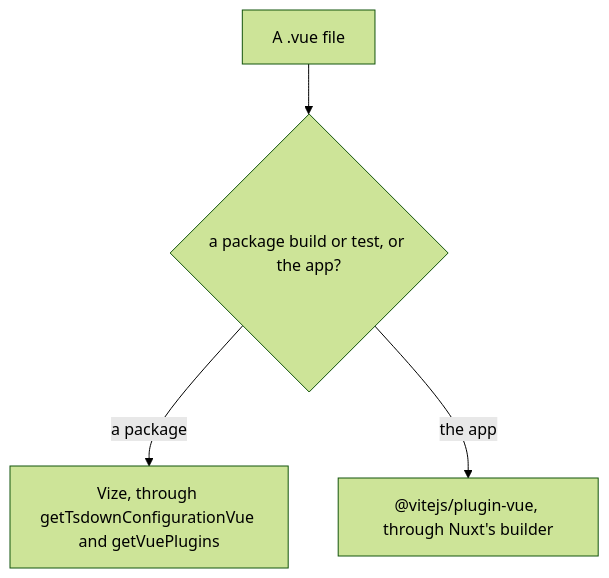
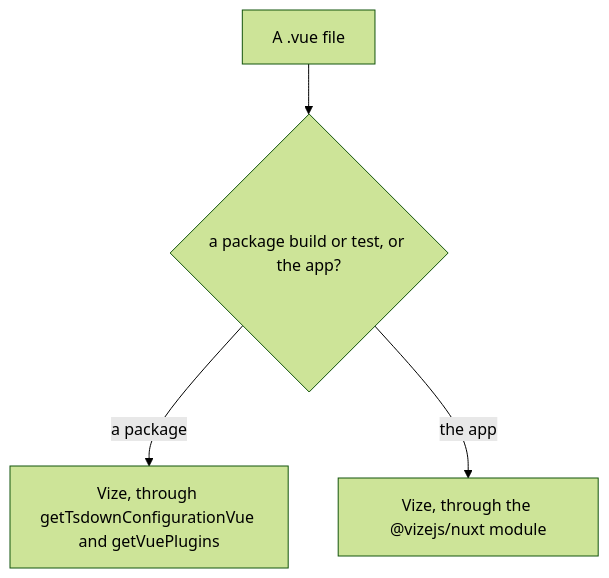
One commit to Esposter/Esposter changed the diagram in openspec/specs/architecture/vize-compiler/design.md. Above: the diagram before and after it, drawn with Mermaid (forest theme). The commit also changed other lines of this file and 11 other files, not shown here.

````diff
--- a/openspec/specs/architecture/vize-compiler/design.md
+++ b/openspec/specs/architecture/vize-compiler/design.md
@@ -7,6 +7,6 @@
 ```mermaid
 flowchart TD
     file["A .vue file"] --> owner{"a package build or test, or the app?"}
     owner -- "a package" --> vize["Vize, through getTsdownConfigurationVue and getVuePlugins"]
-    owner -- "the app" --> host["@vitejs/plugin-vue, through Nuxt's builder"]
+    owner -- "the app" --> module["Vize, through the @vizejs/nuxt module"]
 ```
````
